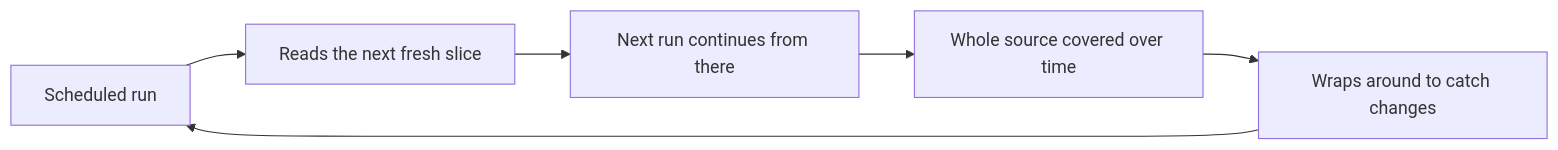
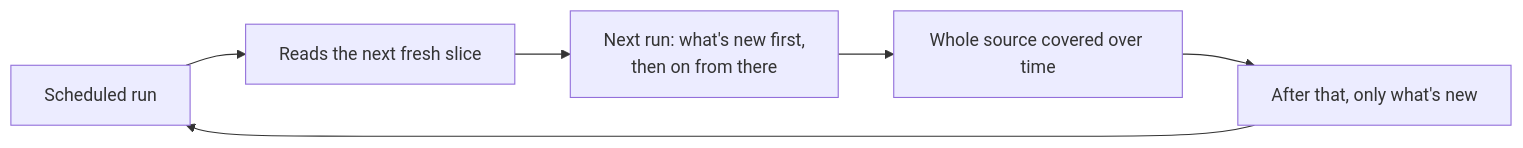
The second of 2 diagrams in apps/docs/app/sources/testing/page.mdx (classifyre/classifyre), drawn with Mermaid before and after one commit. The commit also changed other lines of this file and 62 other files, not shown here.

````diff
--- a/apps/docs/app/sources/testing/page.mdx
+++ b/apps/docs/app/sources/testing/page.mdx
@@ -65,8 +65,8 @@
 ```mermaid
 graph LR
     Sched["Scheduled run"] --> Slice["Reads the next fresh slice"]
-    Slice --> More["Next run continues from there"]
+    Slice --> More["Next run: what's new first,<br/>then on from there"]
     More --> Cover["Whole source covered over time"]
-    Cover --> Refresh["Wraps around to catch changes"]
+    Cover --> Refresh["After that, only what's new"]
     Refresh --> Sched
 ```
````
